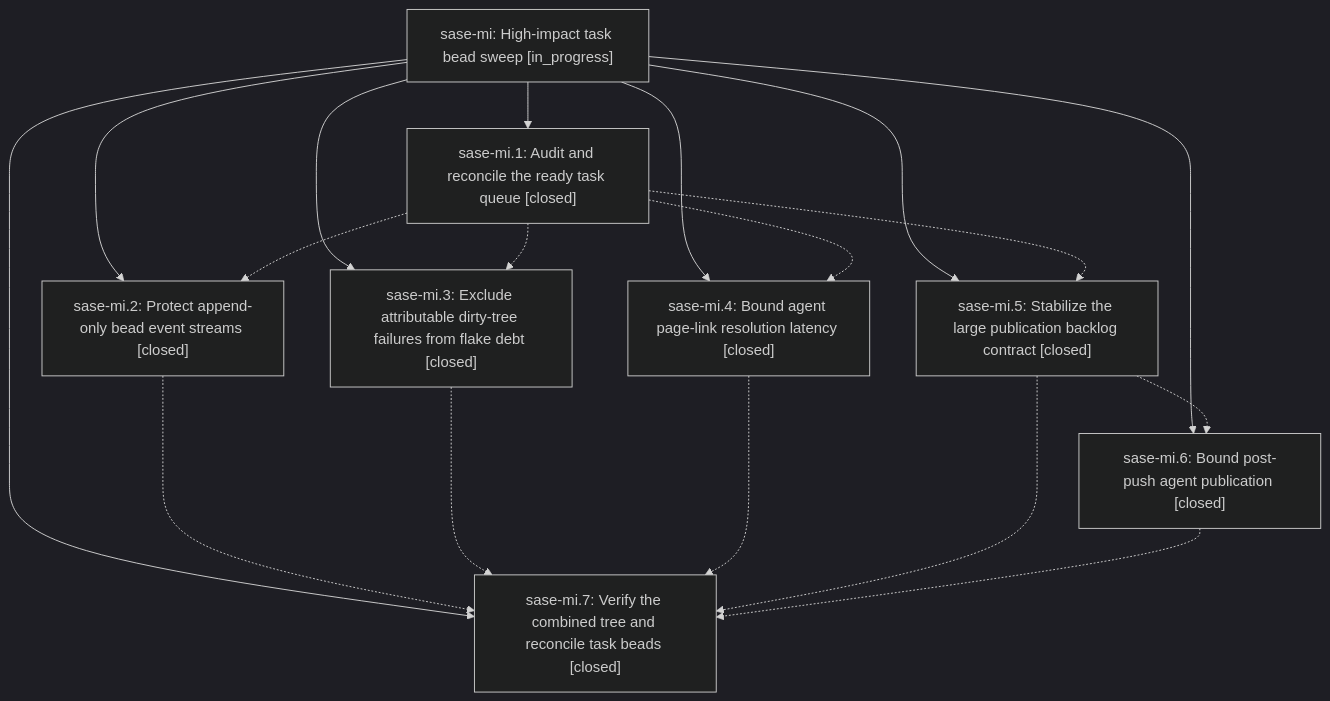
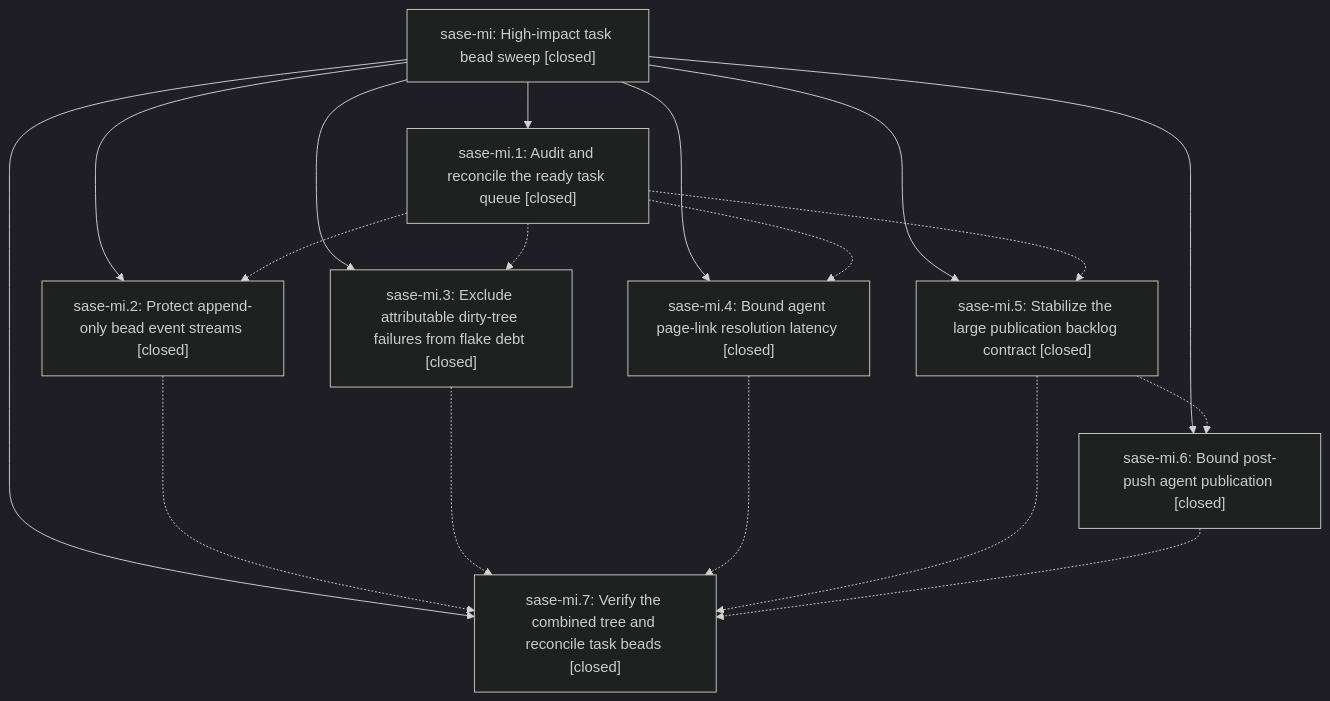
Before and after one commit to sase-org/sase--beads: the diagram in pages/sase-mi/README.md, drawn with Mermaid (dark theme). The commit also changed other lines of this file, not shown here.

First line of the commit message:
chore(beads): sync bead state and pages for sase-mi

````diff
--- a/pages/sase-mi/README.md
+++ b/pages/sase-mi/README.md
@@ -42,28 +46,28 @@
 ```mermaid
 flowchart TD
-    n0["sase-mi: High-impact task bead sweep [in_progress]"]
+    n0["sase-mi: High-impact task bead sweep [closed]"]
     n1["sase-mi.1: Audit and reconcile the ready task queue [closed]"]
     n2["sase-mi.2: Protect append-only bead event streams [closed]"]
     n3["sase-mi.3: Exclude attributable dirty-tree failures from flake debt [closed]"]
     n4["sase-mi.4: Bound agent page-link resolution latency [closed]"]
     n5["sase-mi.5: Stabilize the large publication backlog contract [closed]"]
     n6["sase-mi.6: Bound post-push agent publication [closed]"]
     n7["sase-mi.7: Verify the combined tree and reconcile task beads [closed]"]
     n0 --> n1
     n0 --> n2
     n0 --> n3
     n0 --> n4
     n0 --> n5
     n0 --> n6
     n0 --> n7
     n1 -.-> n2
     n1 -.-> n3
     n1 -.-> n4
     n1 -.-> n5
     n2 -.-> n7
     n3 -.-> n7
     n4 -.-> n7
     n5 -.-> n6
     n5 -.-> n7
     n6 -.-> n7
 ```
````
